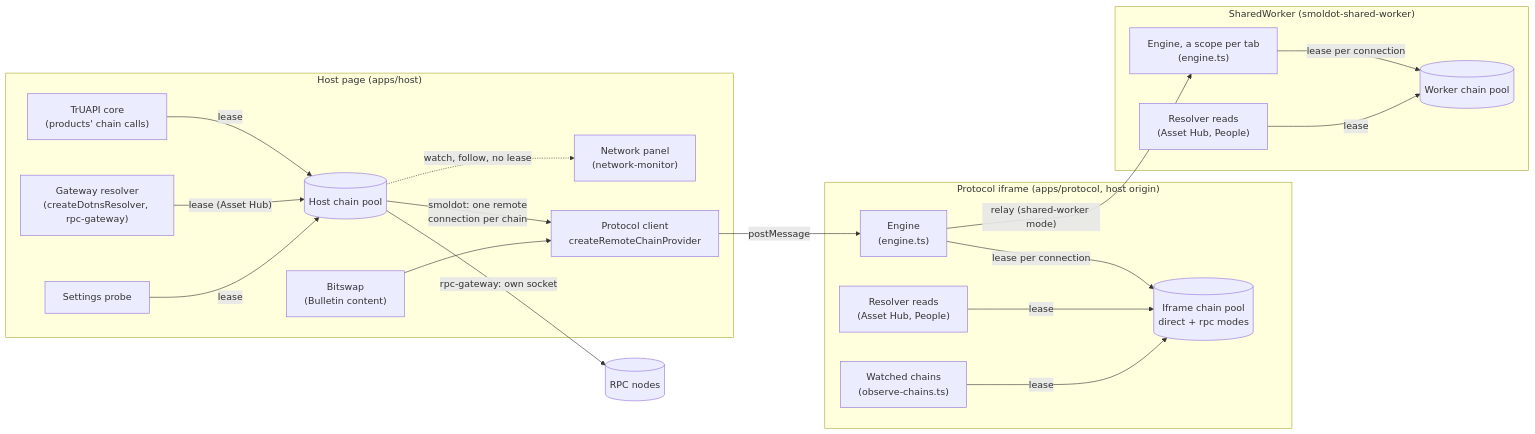
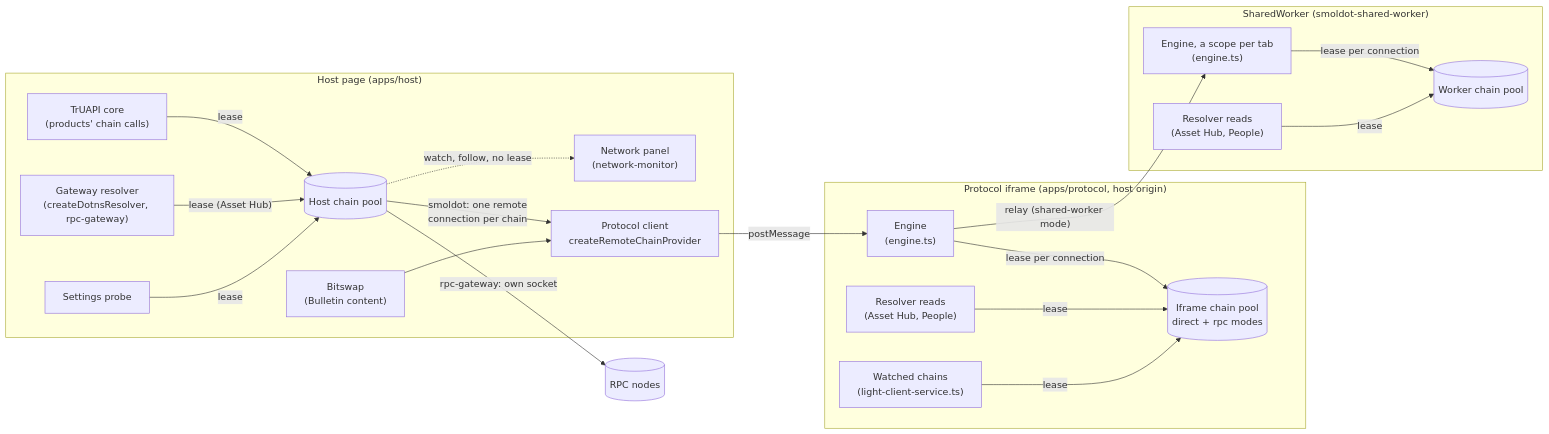
One commit to paritytech/dotli-community changed the first of 7 diagrams in docs/chain-connections.md. Above: the diagram before and after it, drawn with Mermaid. The commit also changed other lines of this file and 44 other files, not shown here.

````diff
--- a/docs/chain-connections.md
+++ b/docs/chain-connections.md
@@ -36,42 +36,42 @@
 ```mermaid
 flowchart LR
   subgraph Host["Host page (apps/host)"]
     Core["TrUAPI core<br/>(products' chain calls)"]
     RpcResolve["Gateway resolver<br/>(createDotnsResolver, rpc-gateway)"]
     Panel["Network panel<br/>(network-monitor)"]
     Probe["Settings probe"]
     Bitswap["Bitswap<br/>(Bulletin content)"]
     Client["Protocol client<br/>createRemoteChainProvider"]
     HostPool[("Host chain pool")]
   end
 
   subgraph Iframe["Protocol iframe (apps/protocol, host origin)"]
     Engine["Engine<br/>(engine.ts)"]
     IframePool[("Iframe chain pool<br/>direct + rpc modes")]
     Resolver["Resolver reads<br/>(Asset Hub, People)"]
-    Observe["Watched chains<br/>(observe-chains.ts)"]
+    Observe["Watched chains<br/>(light-client-service.ts)"]
   end
 
   subgraph Worker["SharedWorker (smoldot-shared-worker)"]
     Sessions["Engine, a scope per tab<br/>(engine.ts)"]
     WorkerPool[("Worker chain pool")]
     WResolver["Resolver reads<br/>(Asset Hub, People)"]
   end
 
   Nodes[("RPC nodes")]
 
   Core -- lease --> HostPool
   RpcResolve -- "lease (Asset Hub)" --> HostPool
   HostPool -.->|"watch, follow, no lease"| Panel
   Probe -- lease --> HostPool
   HostPool -- "rpc-gateway: own socket" --> Nodes
   HostPool -- "smoldot: one remote<br/>connection per chain" --> Client
   Bitswap --> Client
   Client -- postMessage --> Engine
   Engine -- "lease per connection" --> IframePool
   Resolver -- lease --> IframePool
   Observe -- lease --> IframePool
   Engine -- "relay (shared-worker mode)" --> Sessions
   Sessions -- "lease per connection" --> WorkerPool
   WResolver -- lease --> WorkerPool
 ```
````
